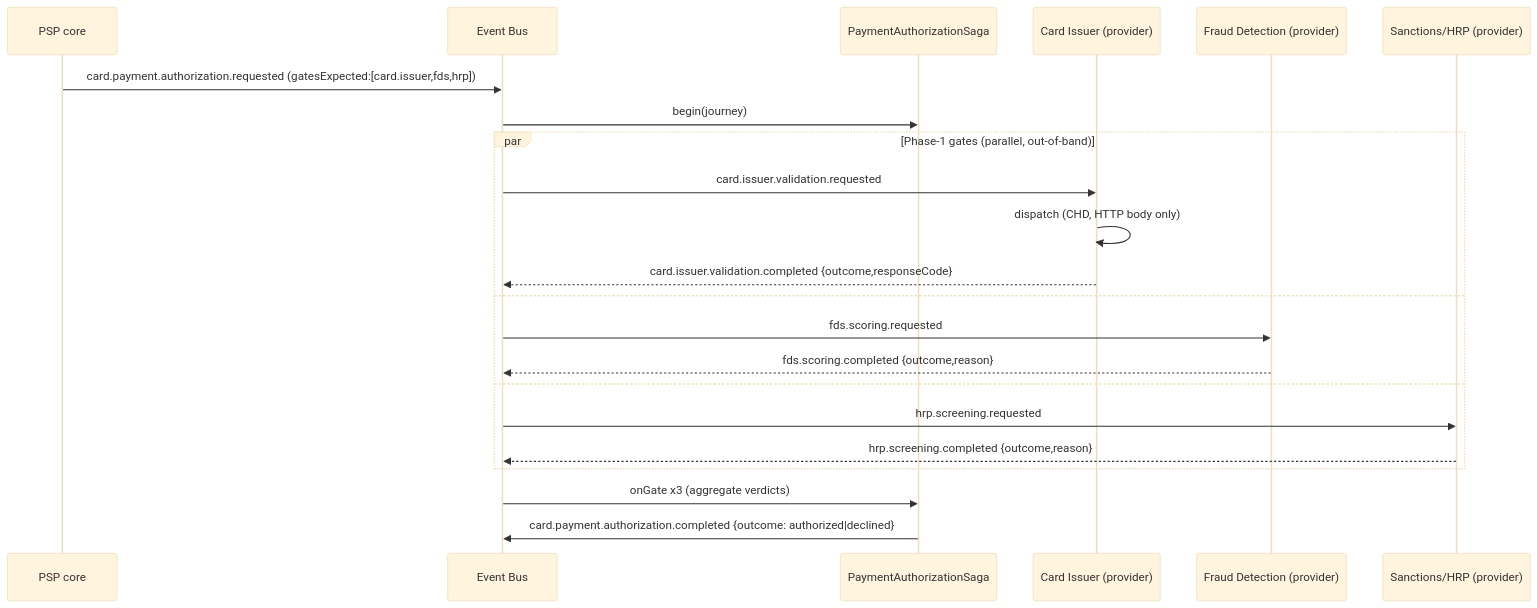
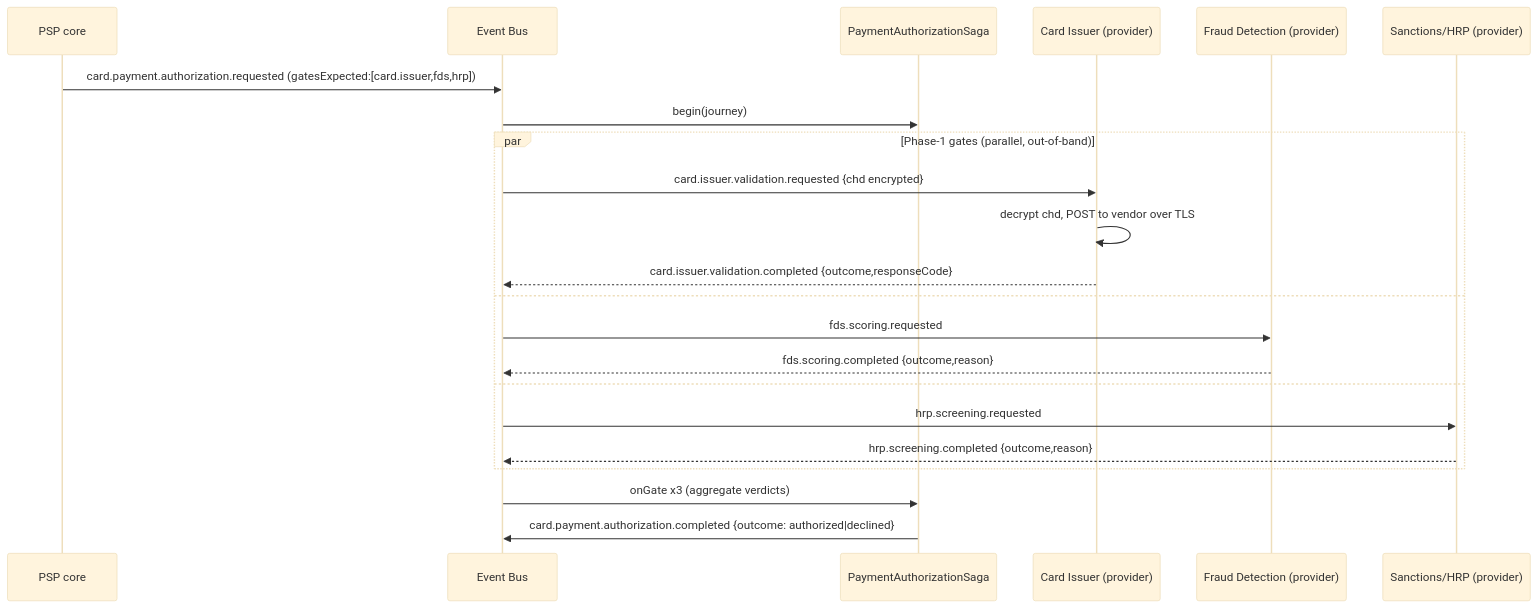
One commit to mongodb-industry-solutions/sec-fsi-pci-dss changed the diagram in docs/architecture.md. Above: the diagram before and after it, drawn with Mermaid (base theme). The commit also changed other lines of this file, not shown here.

Commit message:
update architecture description

````diff
--- a/docs/architecture.md
+++ b/docs/architecture.md
@@ -186,25 +202,25 @@
 ```mermaid
 sequenceDiagram
   participant API as PSP core
   participant Bus as Event Bus
   participant Saga as PaymentAuthorizationSaga
   participant Iss as Card Issuer (provider)
   participant FDS as Fraud Detection (provider)
   participant HRP as Sanctions/HRP (provider)
 
   API->>Bus: card.payment.authorization.requested (gatesExpected:[card.issuer,fds,hrp])
   Bus->>Saga: begin(journey)
   par Phase-1 gates (parallel, out-of-band)
-    Bus->>Iss: card.issuer.validation.requested
-    Iss->>Iss: dispatch (CHD, HTTP body only)
+    Bus->>Iss: card.issuer.validation.requested {chd encrypted}
+    Iss->>Iss: decrypt chd, POST to vendor over TLS
     Iss-->>Bus: card.issuer.validation.completed {outcome,responseCode}
   and
     Bus->>FDS: fds.scoring.requested
     FDS-->>Bus: fds.scoring.completed {outcome,reason}
   and
     Bus->>HRP: hrp.screening.requested
     HRP-->>Bus: hrp.screening.completed {outcome,reason}
   end
   Bus->>Saga: onGate x3 (aggregate verdicts)
   Saga->>Bus: card.payment.authorization.completed {outcome: authorized|declined}
 ```
````
